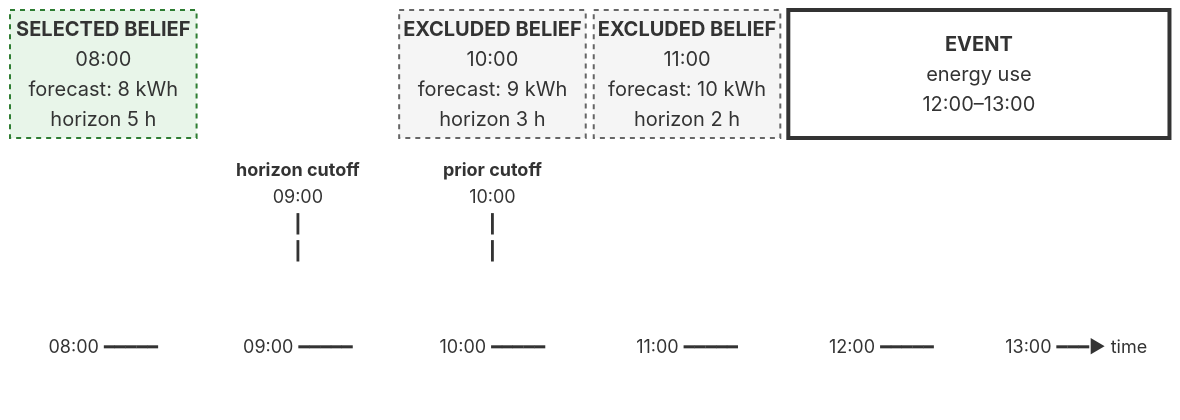
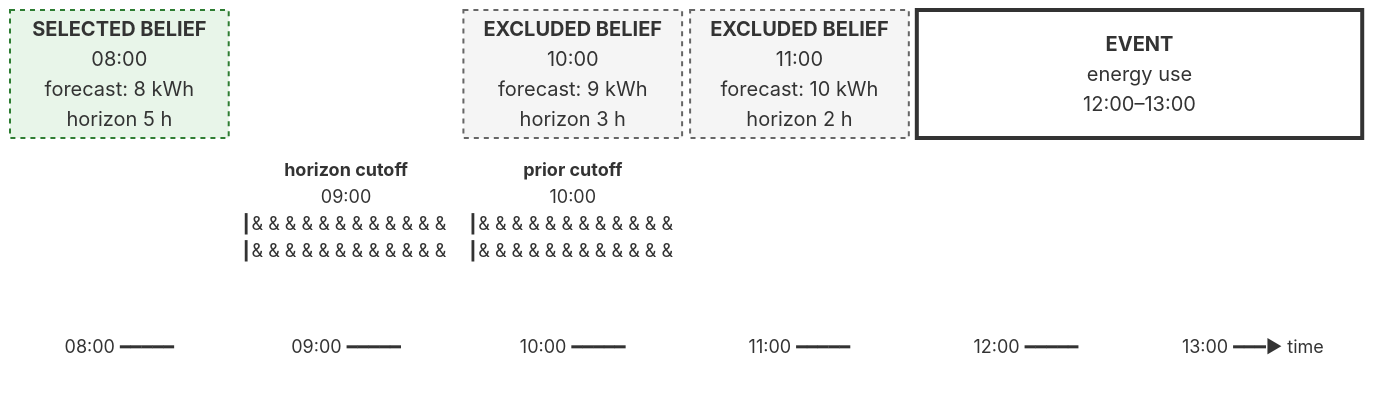
One commit to FlexMeasures/flexmeasures changed the second of 2 diagrams in documentation/concepts/time-series-and-beliefs.rst. Above: the diagram before and after it, drawn with Mermaid. The commit also changed other lines of this file, not shown here.

```diff
--- a/documentation/concepts/time-series-and-beliefs.rst
+++ b/documentation/concepts/time-series-and-beliefs.rst
@@ -146,18 +146,19 @@
 .. mermaid::
 
    block-beta
        columns 6
        B08["<b>SELECTED BELIEF</b><br/>08:00<br/>forecast: 8 kWh<br/>horizon 5 h"] space B10["<b>EXCLUDED BELIEF</b><br/>10:00<br/>forecast: 9 kWh<br/>horizon 3 h"] B11["<b>EXCLUDED BELIEF</b><br/>11:00<br/>forecast: 10 kWh<br/>horizon 2 h"] E["<b>EVENT</b><br/>energy use<br/>12:00–13:00"]:2
-       space HCUT["<b>horizon cutoff</b><br/>09:00<br/>┃<br/>┃"] PCUT["<b>prior cutoff</b><br/>10:00<br/>┃<br/>┃"] space:3
+       %% Padding shifts the strokes from cell centres to the timeline ticks.
+       space HCUT["<b>horizon cutoff</b><br/>09:00<br/>┃&#160;&#160;&#160;&#160;&#160;&#160;&#160;&#160;&#160;&#160;&#160;&#160;<br/>┃&#160;&#160;&#160;&#160;&#160;&#160;&#160;&#160;&#160;&#160;&#160;&#160;"] PCUT["<b>prior cutoff</b><br/>10:00<br/>┃&#160;&#160;&#160;&#160;&#160;&#160;&#160;&#160;&#160;&#160;&#160;&#160;<br/>┃&#160;&#160;&#160;&#160;&#160;&#160;&#160;&#160;&#160;&#160;&#160;&#160;"] space:3
        T08["08:00 ━━━━━"] T09["09:00 ━━━━━"] T10["10:00 ━━━━━"] T11["11:00 ━━━━━"] T12["12:00 ━━━━━"] T13["13:00 ━━━▶ time"]
 
        classDef excludedBelief fill:#f5f5f5,stroke:#666,stroke-width:2px,stroke-dasharray:5 5,font-size:20px
        classDef selectedBelief fill:#e8f5e9,stroke:#2e7d32,stroke-width:2px,stroke-dasharray:5 5,font-size:20px
        classDef event fill:#fff,stroke:#333,stroke-width:4px,font-size:20px
        classDef cutoff fill:transparent,stroke:transparent,font-size:18px
        classDef tick fill:transparent,stroke:transparent,font-size:18px
        class B10,B11 excludedBelief
        class B08 selectedBelief
        class E event
        class HCUT,PCUT cutoff
        class T08,T09,T10,T11,T12,T13 tick
```
